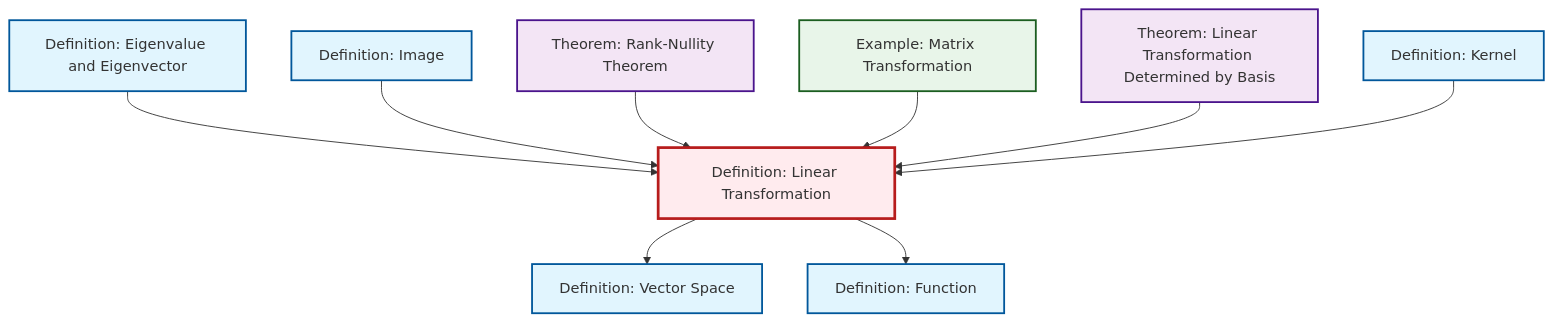
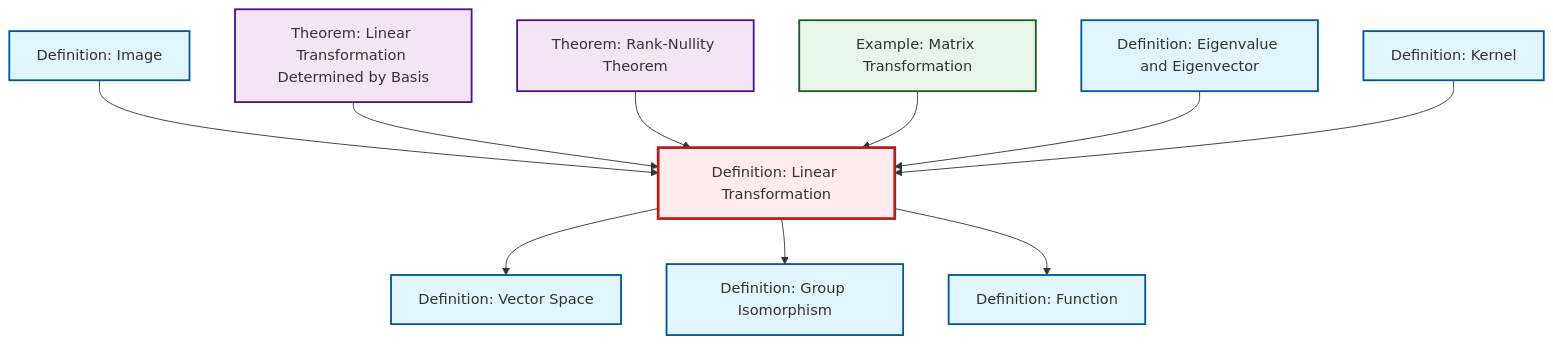
The diagram in content/ja/algebra/def-linear-transformation.qmd (RK0429/ModernMath), drawn with Mermaid before and after one commit. The commit also changed other lines of this file and 581 other files, not shown here.

````diff
--- a/content/ja/algebra/def-linear-transformation.qmd
+++ b/content/ja/algebra/def-linear-transformation.qmd
@@ -47,35 +48,38 @@
 ```{mermaid}
 %%| fig-cap: "Local dependency graph"
 graph TD
     classDef definition fill:#e1f5fe,stroke:#01579b,stroke-width:2px
     classDef theorem fill:#f3e5f5,stroke:#4a148c,stroke-width:2px
     classDef axiom fill:#fff3e0,stroke:#e65100,stroke-width:2px
     classDef example fill:#e8f5e9,stroke:#1b5e20,stroke-width:2px
     classDef current fill:#ffebee,stroke:#b71c1c,stroke-width:3px
     def-vector-space["Definition: Vector Space"]:::definition
+    def-image["Definition: Image"]:::definition
+    ex-matrix-transformation["Example: Matrix Transformation"]:::example
+    def-function["Definition: Function"]:::definition
+    thm-rank-nullity["Theorem: Rank-Nullity Theorem"]:::theorem
+    def-eigenvalue-eigenvector["Definition: Eigenvalue and Eigenvector"]:::definition
     thm-linear-transformation-basis["Theorem: Linear Transformation Determined by Basis"]:::theorem
-    thm-rank-nullity["Theorem: Rank-Nullity Theorem"]:::theorem
-    def-image["Definition: Image"]:::definition
+    def-linear-transformation["Definition: Linear Transformation"]:::definition
+    def-isomorphism["Definition: Group Isomorphism"]:::definition
     def-kernel["Definition: Kernel"]:::definition
-    def-linear-transformation["Definition: Linear Transformation"]:::definition
-    def-function["Definition: Function"]:::definition
-    ex-matrix-transformation["Example: Matrix Transformation"]:::example
-    def-eigenvalue-eigenvector["Definition: Eigenvalue and Eigenvector"]:::definition
     def-linear-transformation --> def-vector-space
-    def-linear-transformation --> def-function
-    def-eigenvalue-eigenvector --> def-linear-transformation
     def-image --> def-linear-transformation
+    thm-linear-transformation-basis --> def-linear-transformation
     thm-rank-nullity --> def-linear-transformation
     ex-matrix-transformation --> def-linear-transformation
-    thm-linear-transformation-basis --> def-linear-transformation
+    def-eigenvalue-eigenvector --> def-linear-transformation
     def-kernel --> def-linear-transformation
+    def-linear-transformation --> def-isomorphism
+    def-linear-transformation --> def-function
     class def-linear-transformation current
     click def-vector-space "def-vector-space.html" "Definition: Vector Spaceへ"
+    click def-image "def-image.html" "Definition: Imageへ"
+    click ex-matrix-transformation "ex-matrix-transformation.html" "Example: Matrix Transformationへ"
+    click def-function "def-function.html" "Definition: Functionへ"
+    click thm-rank-nullity "thm-rank-nullity.html" "Theorem: Rank-Nullity Theoremへ"
+    click def-eigenvalue-eigenvector "def-eigenvalue-eigenvector.html" "Definition: Eigenvalue and Eigenvectorへ"
     click thm-linear-transformation-basis "thm-linear-transformation-basis.html" "Theorem: Linear Transformation Determined by Basisへ"
-    click thm-rank-nullity "thm-rank-nullity.html" "Theorem: Rank-Nullity Theoremへ"
-    click def-image "def-image.html" "Definition: Imageへ"
+    click def-isomorphism "def-isomorphism.html" "Definition: Group Isomorphismへ"
     click def-kernel "def-kernel.html" "Definition: Kernelへ"
-    click def-function "def-function.html" "Definition: Functionへ"
-    click ex-matrix-transformation "ex-matrix-transformation.html" "Example: Matrix Transformationへ"
-    click def-eigenvalue-eigenvector "def-eigenvalue-eigenvector.html" "Definition: Eigenvalue and Eigenvectorへ"
 ```
````
